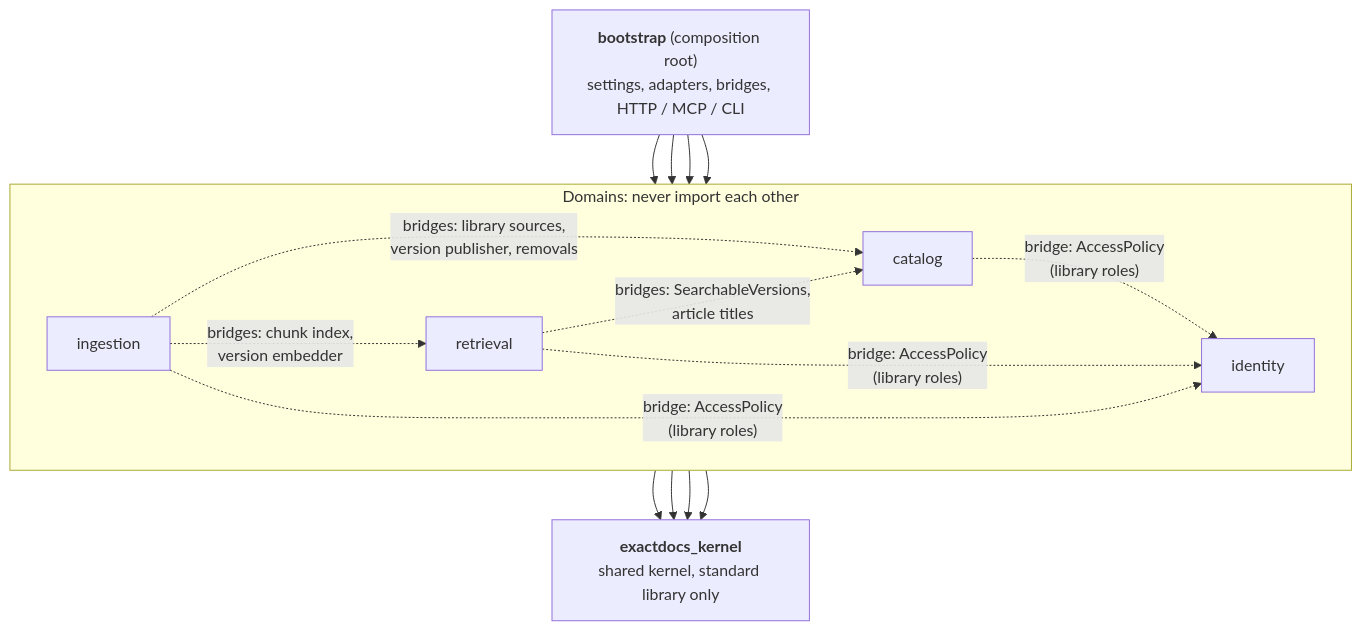
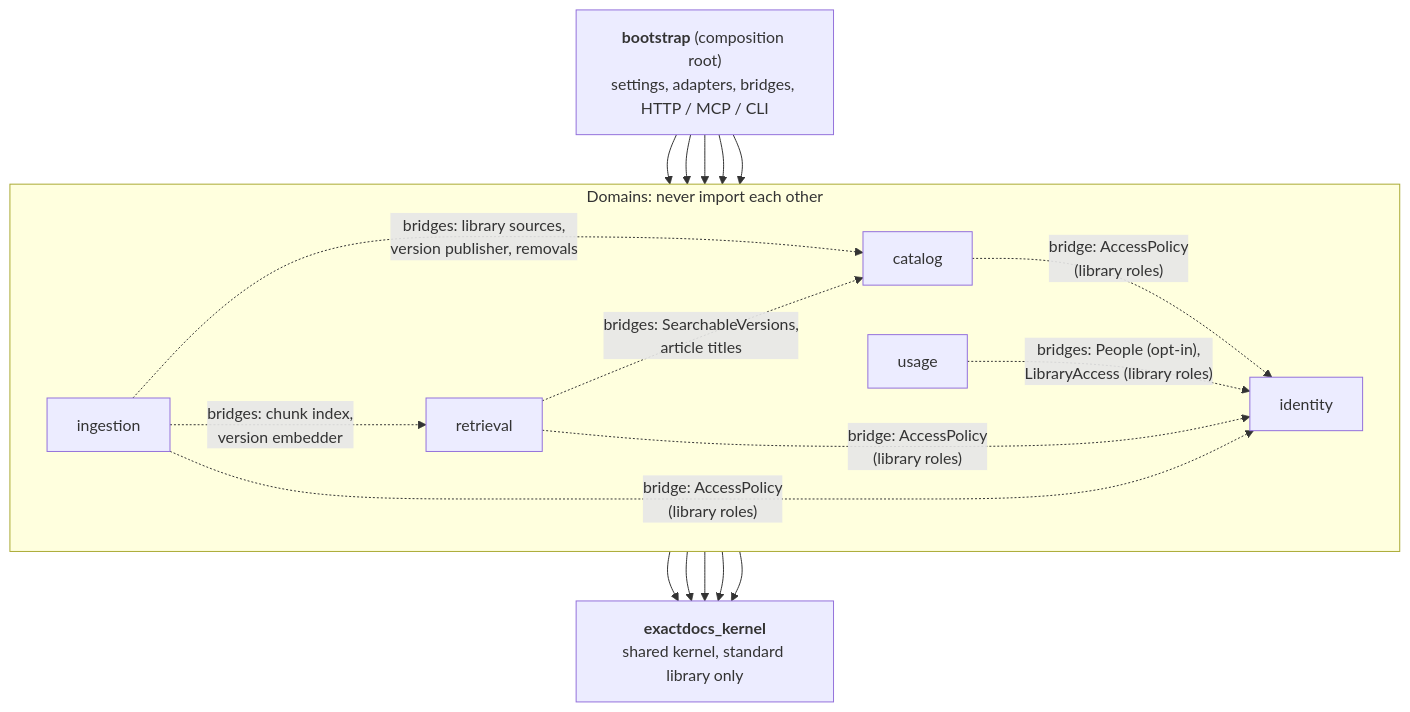
One commit to SirCypkowskyy/ExactDocs changed the second of 7 diagrams in docs/architecture.md. Above: the diagram before and after it, drawn with Mermaid. The commit also changed other lines of this file and 4 other files, not shown here.

Commit message:
docs(usage): REST API, configuration and architecture of the usage counts; regenerate the API schema (#510)

````diff
--- a/docs/architecture.md
+++ b/docs/architecture.md
@@ -65,18 +67,20 @@
 ```mermaid
 flowchart TD
     boot["<b>bootstrap</b> (composition root)<br/>settings, adapters, bridges, HTTP / MCP / CLI"]
     subgraph domains [Domains: never import each other]
         direction LR
         catalog
         identity
         retrieval
         ingestion
+        usage
     end
     kernel["<b>exactdocs_kernel</b><br/>shared kernel, standard library only"]
-    boot --> catalog & identity & retrieval & ingestion
-    catalog & identity & retrieval & ingestion --> kernel
+    boot --> catalog & identity & retrieval & ingestion & usage
+    catalog & identity & retrieval & ingestion & usage --> kernel
     retrieval -. "bridges: SearchableVersions,<br/>article titles" .-> catalog
     ingestion -. "bridges: library sources,<br/>version publisher, removals" .-> catalog
     ingestion -. "bridges: chunk index,<br/>version embedder" .-> retrieval
     catalog & retrieval & ingestion -. "bridge: AccessPolicy<br/>(library roles)" .-> identity
+    usage -. "bridges: People (opt-in),<br/>LibraryAccess (library roles)" .-> identity
 ```
````
